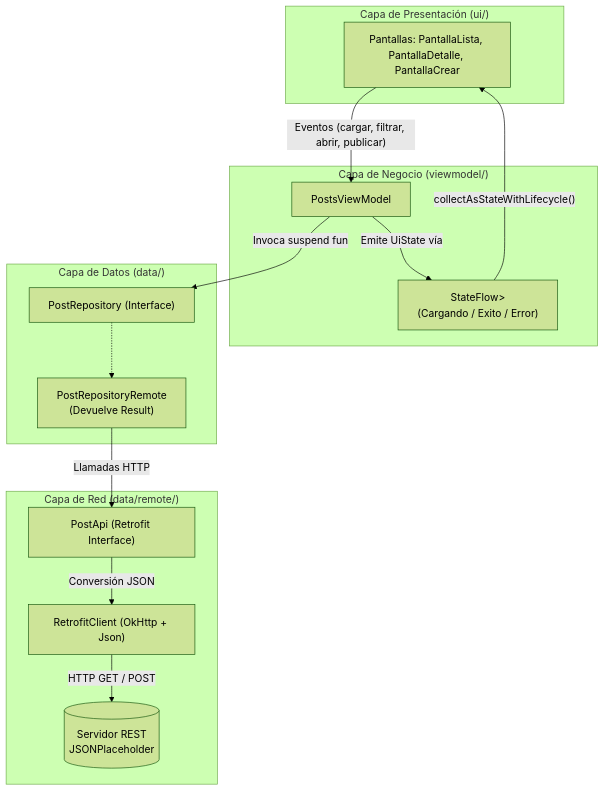
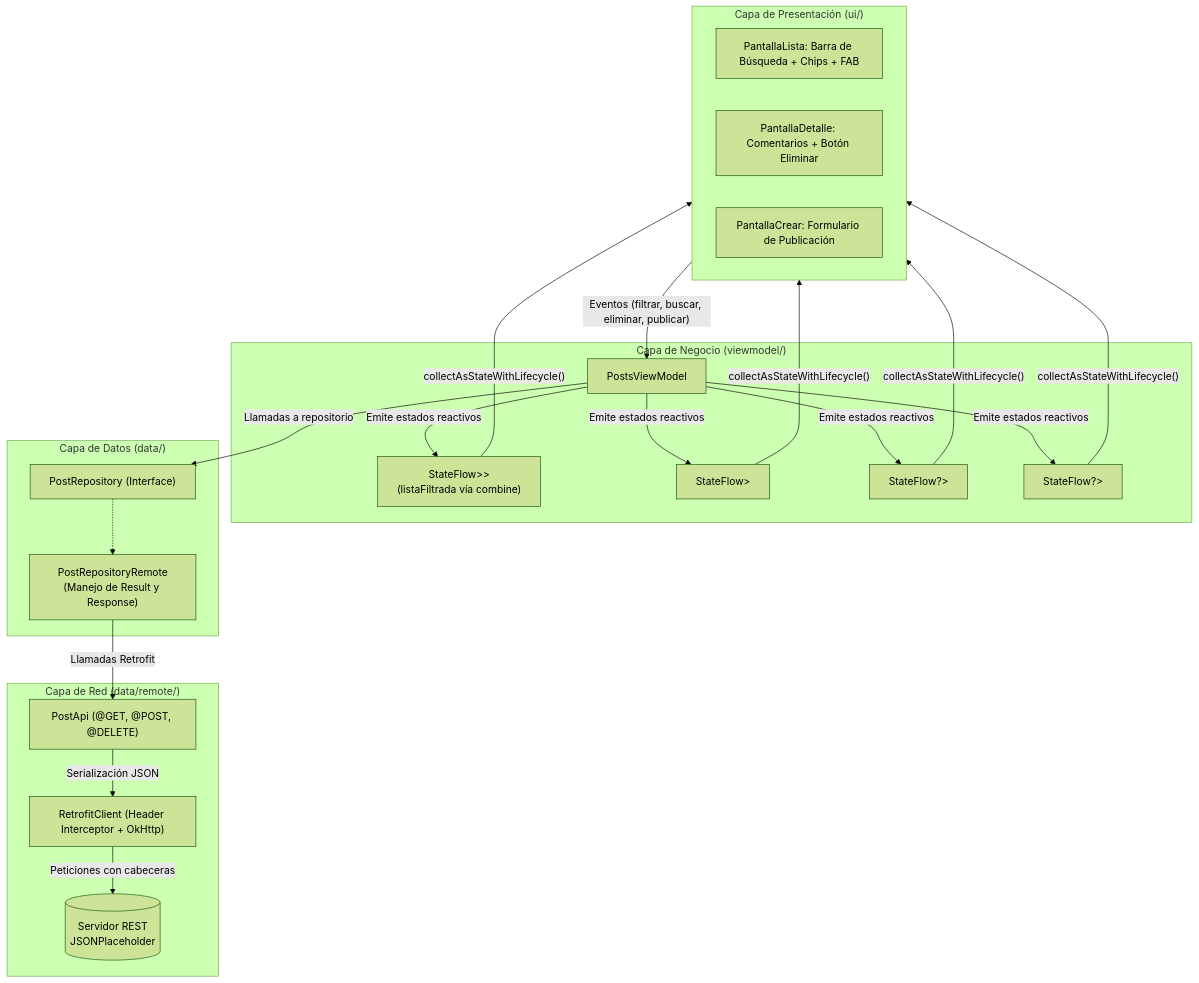
One commit to Jamestecsup/-Moviles_Android changed the diagram in Semana09/MuroCampus(Con-IA)/README.md. Above: the diagram before and after it, drawn with Mermaid (forest theme). The commit also changed other lines of this file and 1 other file, not shown here.

````diff
--- a/Semana09/MuroCampus(Con-IA)/README.md
+++ b/Semana09/MuroCampus(Con-IA)/README.md
@@ -11,31 +14,36 @@
 ```mermaid
 flowchart TD
     subgraph UI ["Capa de Presentación (ui/)"]
-        V[Pantallas: PantallaLista, PantallaDetalle, PantallaCrear]
+        V[PantallaLista: Barra de Búsqueda + Chips + FAB]
+        VD[PantallaDetalle: Comentarios + Botón Eliminar]
+        VC[PantallaCrear: Formulario de Publicación]
     end
 
     subgraph ViewModelLayer ["Capa de Negocio (viewmodel/)"]
         VM[PostsViewModel]
-        State["StateFlow<UiState<T>>\n(Cargando / Exito / Error)"]
+        StateList["StateFlow<UiState<List<Post>>>\n(listaFiltrada vía combine)"]
+        StateDetail["StateFlow<UiState<DetalleUi>>"]
+        StateCreate["StateFlow<UiState<Post>?>"]
+        StateDelete["StateFlow<UiState<Unit>?>"]
     end
 
     subgraph DataLayer ["Capa de Datos (data/)"]
         Repo["PostRepository (Interface)"]
-        RepoImpl["PostRepositoryRemote\n(Devuelve Result<T>)"]
+        RepoImpl["PostRepositoryRemote\n(Manejo de Result y Response<Unit>)"]
     end
 
     subgraph NetworkLayer ["Capa de Red (data/remote/)"]
-        API["PostApi (Retrofit Interface)"]
-        Client["RetrofitClient (OkHttp + Json)"]
+        API["PostApi (@GET, @POST, @DELETE)"]
+        Client["RetrofitClient (Header Interceptor + OkHttp)"]
         Server[("Servidor REST\nJSONPlaceholder")]
     end
 
-    V -- "Eventos (cargar, filtrar, abrir, publicar)" --> VM
-    VM -- "Emite UiState vía" --> State
-    State -- "collectAsStateWithLifecycle()" --> V
-    VM -- "Invoca suspend fun" --> Repo
+    UI -- "Eventos (filtrar, buscar, eliminar, publicar)" --> VM
+    VM -- "Emite estados reactivos" --> StateList & StateDetail & StateCreate & StateDelete
+    StateList & StateDetail & StateCreate & StateDelete -- "collectAsStateWithLifecycle()" --> UI
+    VM -- "Llamadas a repositorio" --> Repo
     Repo -.-> RepoImpl
-    RepoImpl -- "Llamadas HTTP" --> API
-    API -- "Conversión JSON" --> Client
-    Client -- "HTTP GET / POST" --> Server
+    RepoImpl -- "Llamadas Retrofit" --> API
+    API -- "Serialización JSON" --> Client
+    Client -- "Peticiones con cabeceras" --> Server
 ```
````
